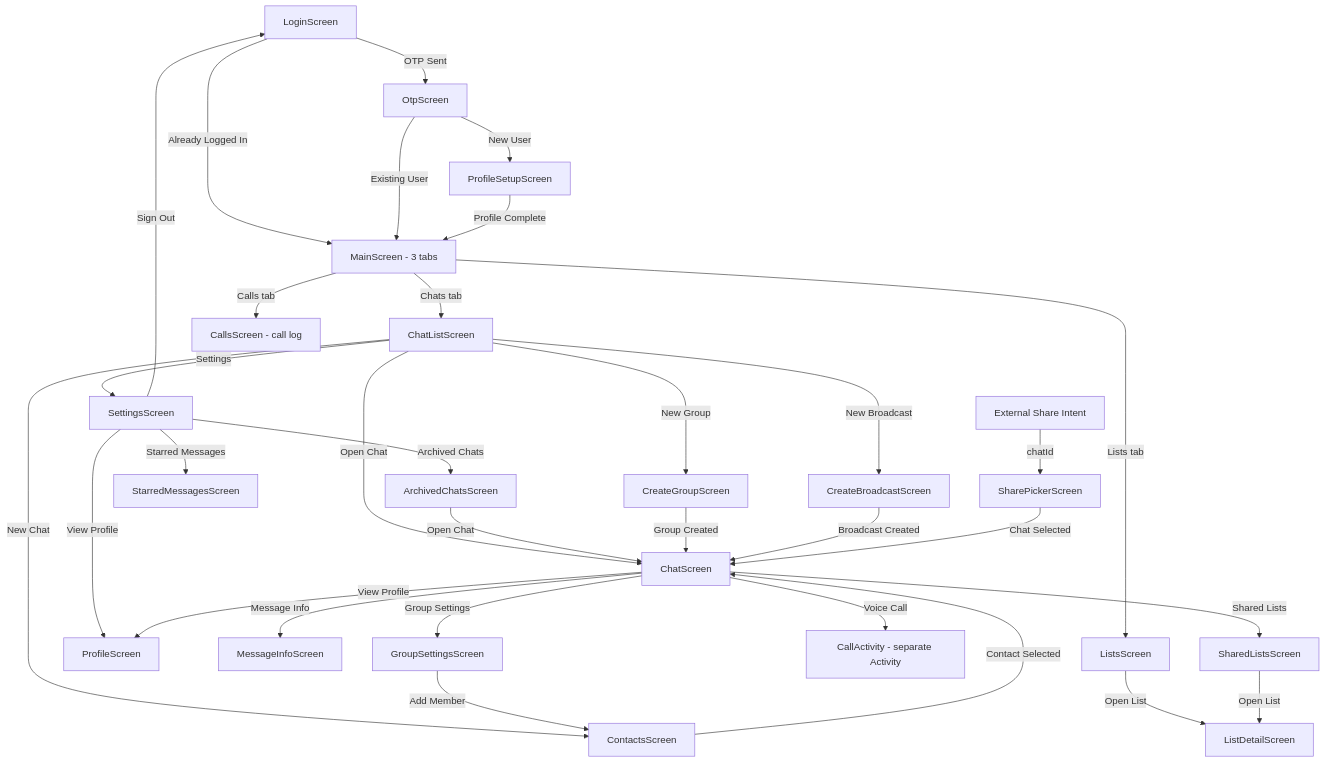
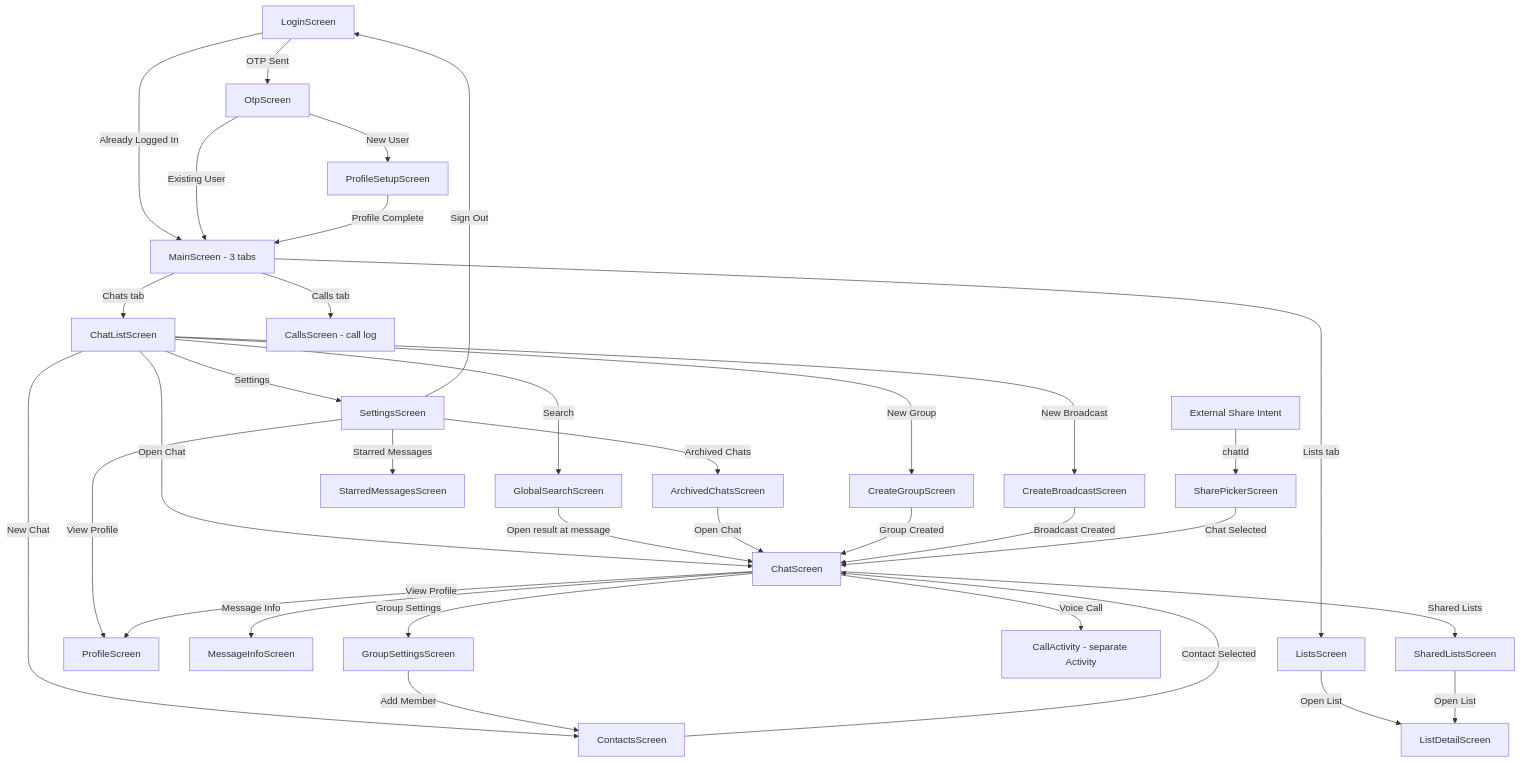
One commit to gomorra/fire-stream-chat changed the sixth of 6 diagrams in docs/ARCHITECTURE.md. Above: the diagram before and after it, drawn with Mermaid. The commit also changed other lines of this file and 31 other files, not shown here.

````diff
--- a/docs/ARCHITECTURE.md
+++ b/docs/ARCHITECTURE.md
@@ -292,51 +292,53 @@
 ```mermaid
 graph TD
     %% Auth Flow
     Login[LoginScreen] -->|Already Logged In| Main[MainScreen - 3 tabs]
     Login -->|OTP Sent| Otp[OtpScreen]
     Otp -->|Existing User| Main
     Otp -->|New User| ProfileSetup[ProfileSetupScreen]
     ProfileSetup -->|Profile Complete| Main
     Settings[SettingsScreen] -->|Sign Out| Login
 
     %% Main Tabs (internal pager state)
     Main -->|Chats tab| ChatList[ChatListScreen]
     Main -->|Calls tab| CallsLog[CallsScreen - call log]
     Main -->|Lists tab| Lists[ListsScreen]
 
     %% From ChatList
     ChatList -->|Settings| Settings
     ChatList -->|New Chat| Contacts[ContactsScreen]
     ChatList -->|New Group| CreateGroup[CreateGroupScreen]
     ChatList -->|New Broadcast| CreateBroadcast[CreateBroadcastScreen]
     ChatList -->|Open Chat| Chat[ChatScreen]
+    ChatList -->|Search| Search[GlobalSearchScreen]
+    Search -->|Open result at message| Chat
 
     %% From Settings
     Settings -->|Starred Messages| StarredMessages[StarredMessagesScreen]
     Settings -->|Archived Chats| ArchivedChats[ArchivedChatsScreen]
     Settings -->|View Profile| Profile[ProfileScreen]
 
     %% From Archived Chats
     ArchivedChats -->|Open Chat| Chat
 
     %% Chat Connective Flows
     Contacts -->|Contact Selected| Chat
     CreateGroup -->|Group Created| Chat
     CreateBroadcast -->|Broadcast Created| Chat
 
     Chat -->|Message Info| MessageInfo[MessageInfoScreen]
     Chat -->|View Profile| Profile
     Chat -->|Group Settings| GroupSettings[GroupSettingsScreen]
     Chat -->|Voice Call| CallActivity[CallActivity - separate Activity]
     Chat -->|Shared Lists| SharedLists[SharedListsScreen]
 
     GroupSettings -->|Add Member| Contacts
 
     %% Lists flows
     Lists -->|Open List| ListDetail[ListDetailScreen]
     SharedLists -->|Open List| ListDetail
 
     %% Share Intent
     ShareIntent[External Share Intent] -->|chatId| SharePicker[SharePickerScreen]
     SharePicker -->|Chat Selected| Chat
 ```
````
